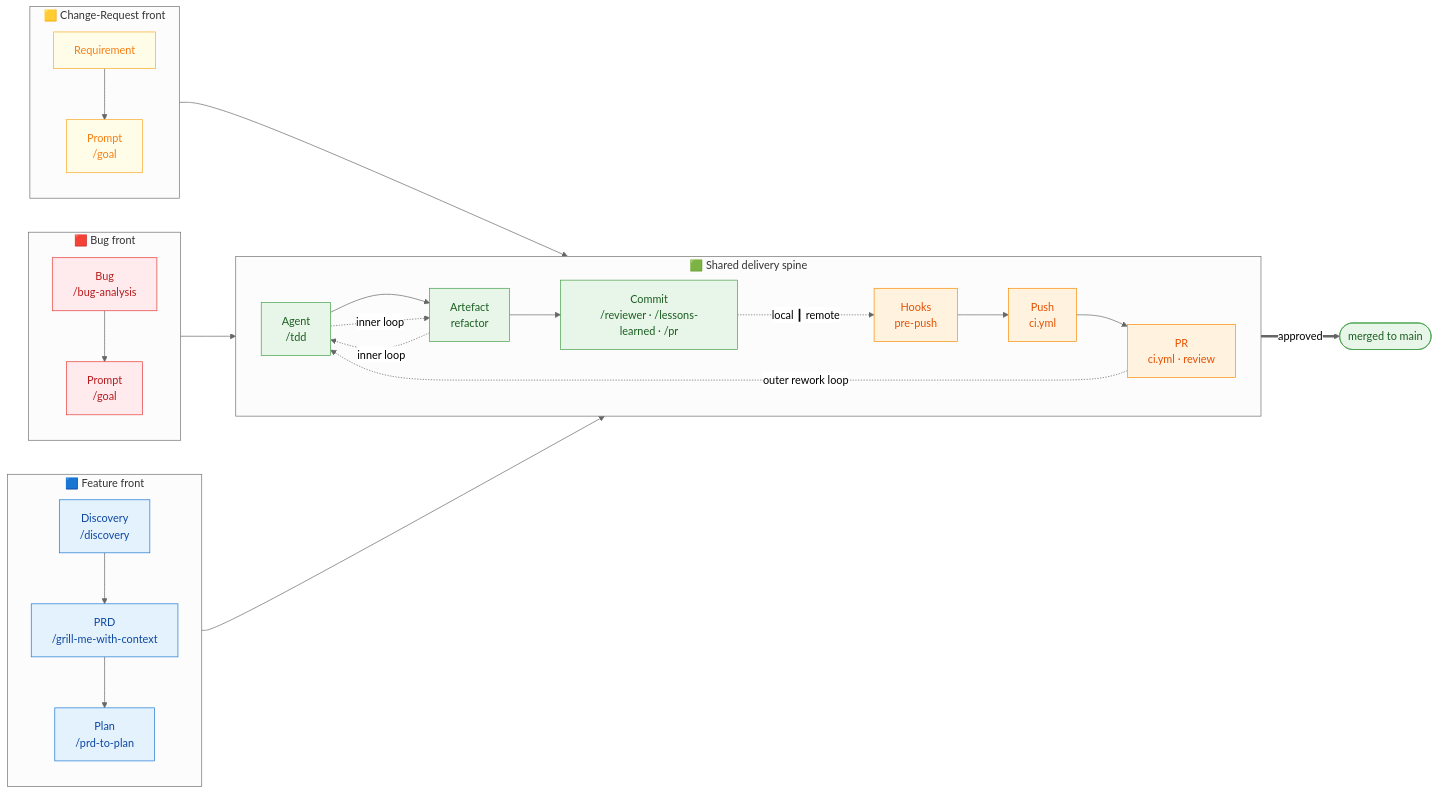
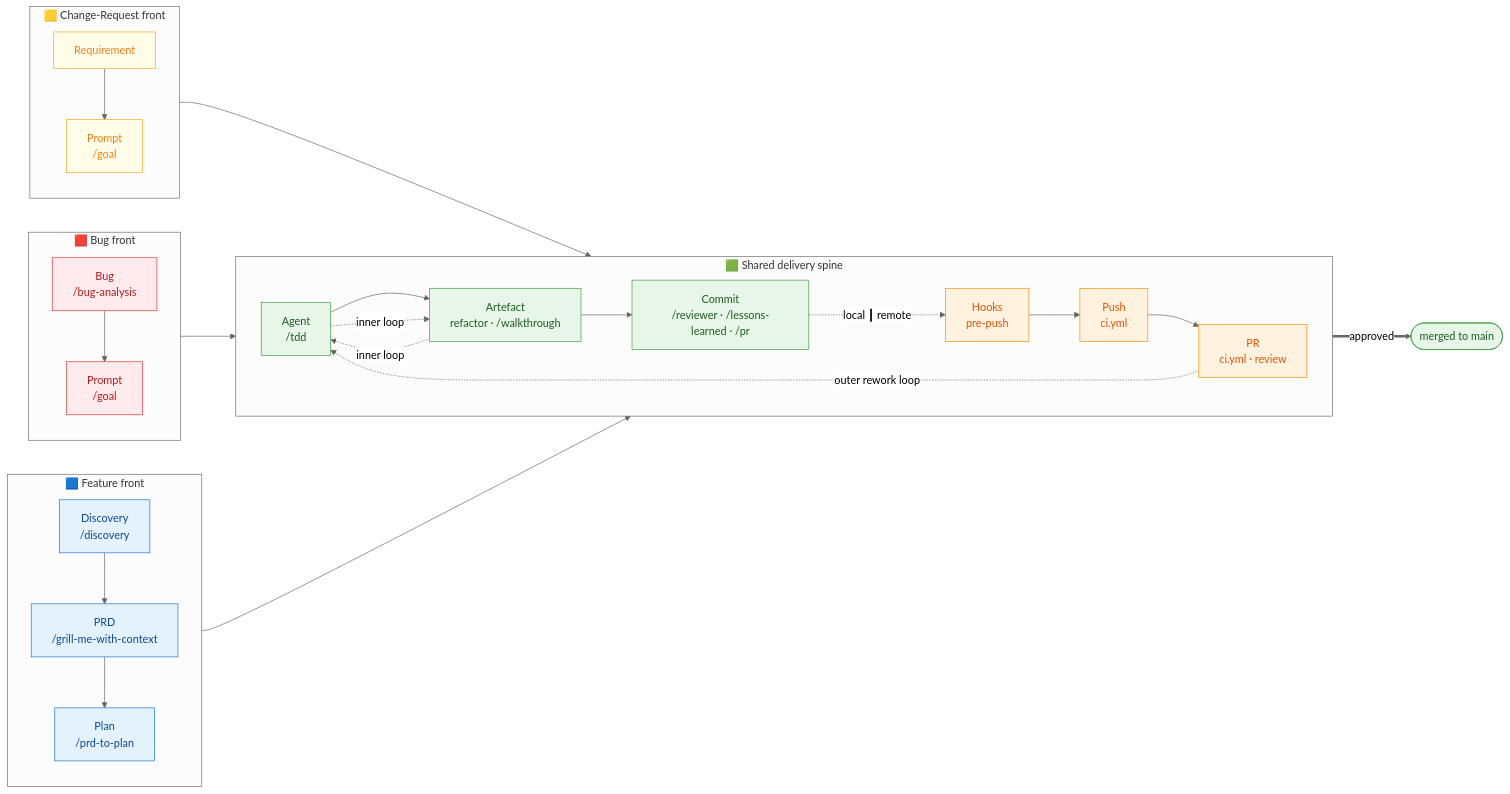
One commit to stefanstelzer/lean-harness-ai-sdlc changed the first of 5 diagrams in WORKFLOW.md. Above: the diagram before and after it, drawn with Mermaid (neutral theme). The commit also changed other lines of this file and 4 other files, not shown here.

````diff
--- a/WORKFLOW.md
+++ b/WORKFLOW.md
@@ -25,48 +25,48 @@
 ```mermaid
 flowchart LR
   classDef front fill:#e3f2fd,stroke:#1976d2,color:#0d47a1;
   classDef bug fill:#ffebee,stroke:#e53935,color:#b71c1c;
   classDef chg fill:#fffde7,stroke:#f9a825,color:#f57f17;
   classDef spine fill:#e8f5e9,stroke:#43a047,color:#1b5e20;
   classDef gate fill:#fff3e0,stroke:#fb8c00,color:#e65100;
   classDef rel fill:#fce4ec,stroke:#d81b60,color:#880e4f;
 
   subgraph FE["🟦 Feature front"]
     direction TB
     d1["Discovery<br/>/discovery"] --> d2["PRD<br/>/grill-me-with-context"]
     d2 --> d3["Plan<br/>/prd-to-plan"]
   end
   subgraph BG["🟥 Bug front"]
     direction TB
     b1["Bug<br/>/bug-analysis"] --> b2["Prompt<br/>/goal"]
   end
   subgraph CR["🟨 Change-Request front"]
     direction TB
     c1["Requirement"] --> c2["Prompt<br/>/goal"]
   end
 
   d3 --> A
   b2 --> A
   c2 --> A
 
   subgraph SPINE["🟩 Shared delivery spine"]
     direction LR
-    A["Agent<br/>/tdd"] --> AR["Artefact<br/>refactor"]
+    A["Agent<br/>/tdd"] --> AR["Artefact<br/>refactor · /walkthrough"]
     AR --> CO["Commit<br/>/reviewer · /lessons-learned · /pr"]
     CO -.->|"local ┃ remote"| HK["Hooks<br/>pre-push"]
     HK --> PU["Push<br/>ci.yml"]
     PU --> PR["PR<br/>ci.yml · review"]
   end
 
   A -.->|"inner loop"| AR
   AR -.->|"inner loop"| A
   PR -.->|"outer rework loop"| A
   PR ==>|"approved"| MG(["merged to main"])
 
   class d1,d2,d3 front;
   class b1,b2 bug;
   class c1,c2 chg;
   class A,AR,CO spine;
   class HK,PU,PR gate;
   class MG spine;
 ```
````
